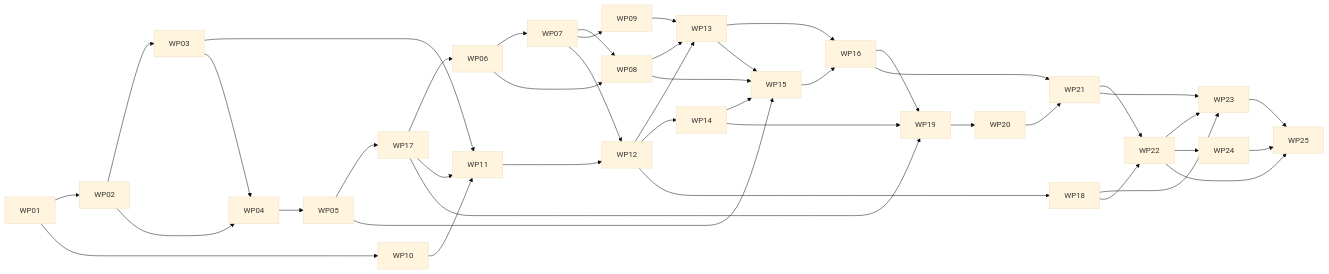
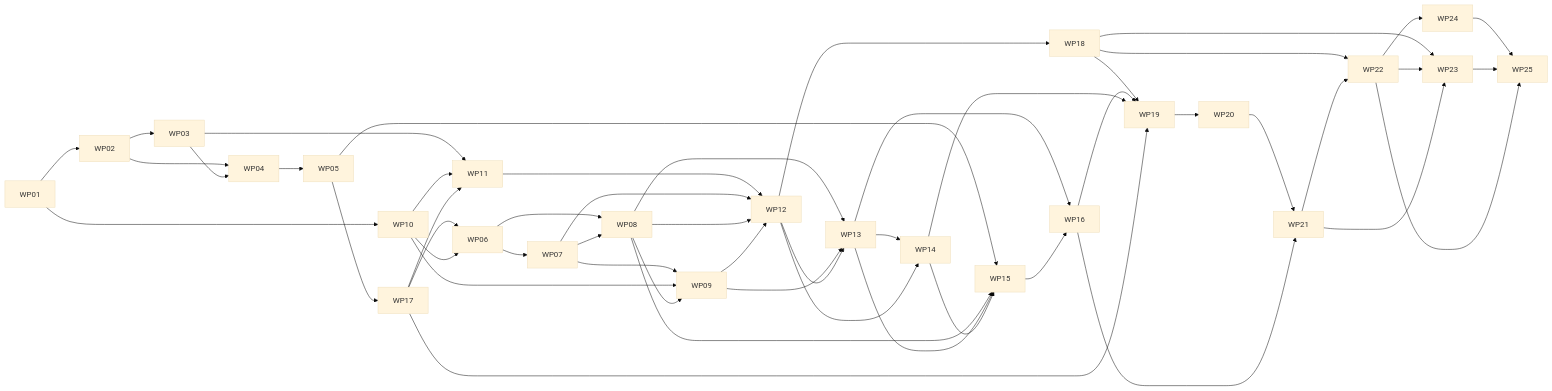
Before and after one commit to anushkaanair/spec-kitty: the diagram in kitty-specs/charter-pack-cutover-01M491G6/tasks.md, drawn with Mermaid (base theme). The commit also changed other lines of this file and 22 other files, not shown here.

````diff
--- a/kitty-specs/charter-pack-cutover-01M491G6/tasks.md
+++ b/kitty-specs/charter-pack-cutover-01M491G6/tasks.md
@@ -458,33 +458,40 @@
 ```mermaid
 graph LR
   WP01 --> WP02 --> WP03 --> WP11
   WP02 --> WP04 --> WP05 --> WP17 --> WP06 --> WP07
   WP03 --> WP04
   WP05 --> WP15
   WP06 --> WP08
   WP07 --> WP08
   WP07 --> WP09
   WP01 --> WP10 --> WP11 --> WP12
+  WP10 --> WP06
+  WP10 --> WP09
+  WP08 --> WP09
   WP07 --> WP12
+  WP08 --> WP12
+  WP09 --> WP12
+  WP13 --> WP14
+  WP18 --> WP19
   WP08 --> WP13
   WP09 --> WP13
   WP12 --> WP13
   WP12 --> WP14
   WP08 --> WP15
   WP13 --> WP16
   WP15 --> WP16
   WP17 --> WP11
   WP13 --> WP15
   WP14 --> WP15
   WP16 --> WP19
   WP18 --> WP23
   WP22 --> WP23
   WP12 --> WP18
   WP14 --> WP19
   WP17 --> WP19 --> WP20 --> WP21
   WP16 --> WP21
   WP18 --> WP22
   WP21 --> WP22 --> WP24 --> WP25
   WP21 --> WP23 --> WP25
   WP22 --> WP25
 ```
````
